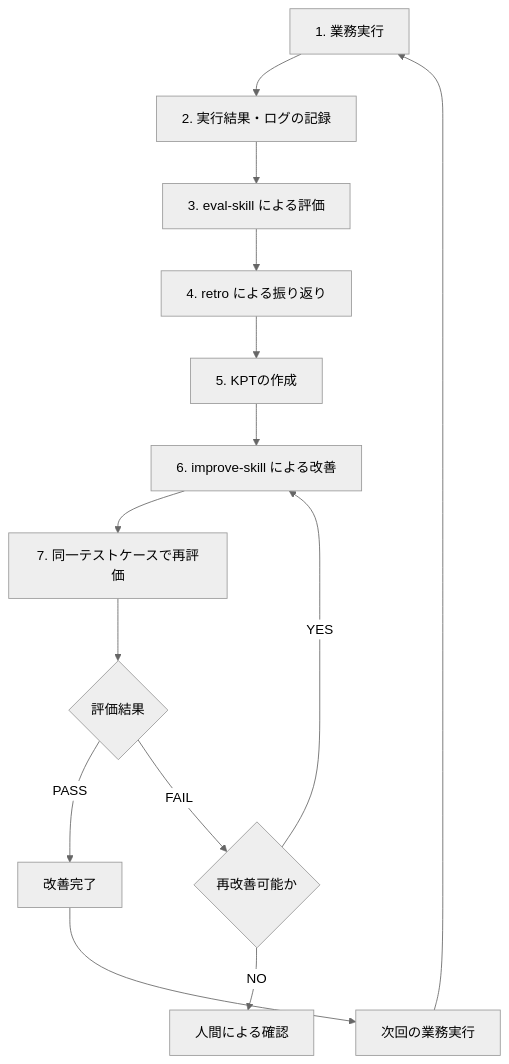
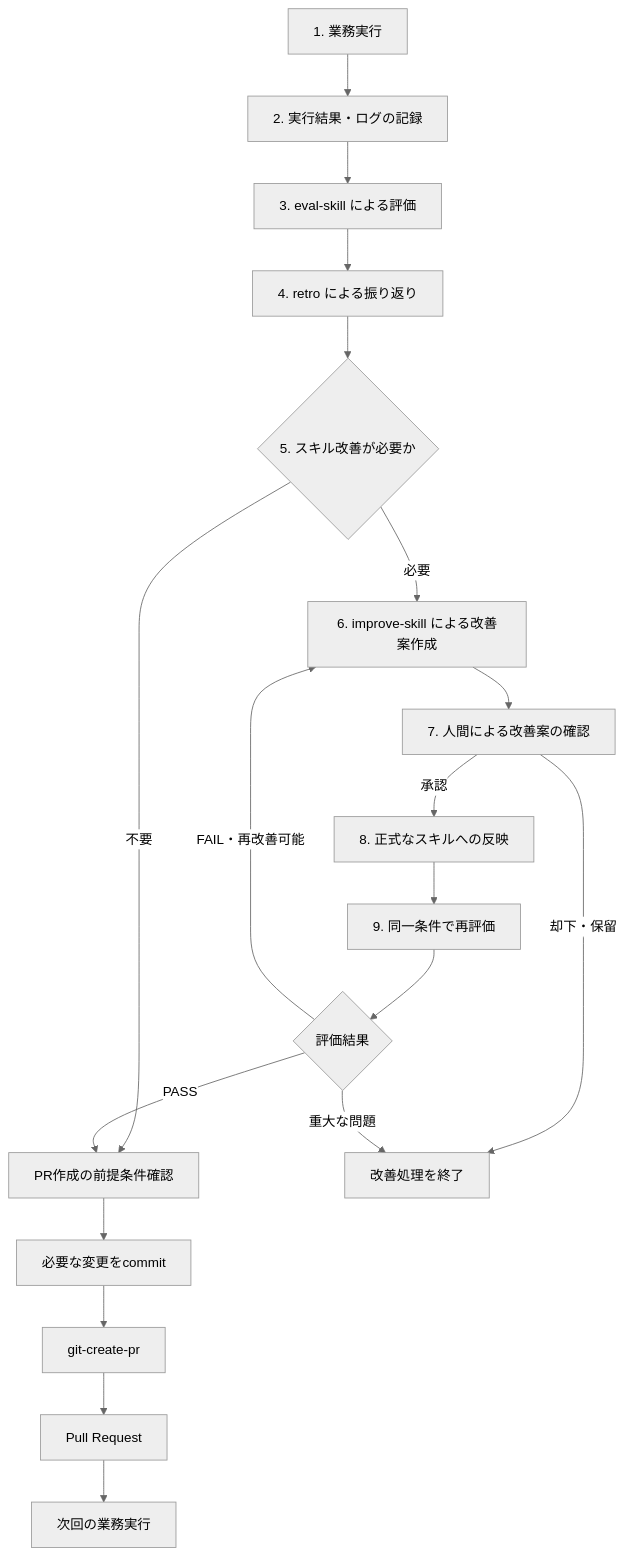
The second of 3 diagrams in README.md (HiddenUtility/harness-experiment), drawn with Mermaid (neutral theme) before and after one commit. The commit also changed other lines of this file, not shown here.

````diff
--- a/README.md
+++ b/README.md
@@ -89,18 +127,26 @@
 ```mermaid
 flowchart TD
     A["1. 業務実行"] --> B["2. 実行結果・ログの記録"]
     B --> C["3. eval-skill による評価"]
     C --> D["4. retro による振り返り"]
-    D --> E["5. KPTの作成"]
-    E --> F["6. improve-skill による改善"]
-    F --> G["7. 同一テストケースで再評価"]
-    G --> H{"評価結果"}
+    D --> E{"5. スキル改善が必要か"}
 
-    H -->|PASS| I["改善完了"]
-    H -->|FAIL| J{"再改善可能か"}
-    J -->|YES| F
-    J -->|NO| K["人間による確認"]
+    E -->|必要| F["6. improve-skill による改善案作成"]
+    E -->|不要| G["PR作成の前提条件確認"]
 
-    I --> L["次回の業務実行"]
-    L --> A
+    F --> H["7. 人間による改善案の確認"]
+    H -->|承認| I["8. 正式なスキルへの反映"]
+    H -->|却下・保留| J["改善処理を終了"]
+
+    I --> K["9. 同一条件で再評価"]
+    K --> L{"評価結果"}
+
+    L -->|PASS| G
+    L -->|FAIL・再改善可能| F
+    L -->|重大な問題| J
+
+    G --> M["必要な変更をcommit"]
+    M --> N["git-create-pr"]
+    N --> O["Pull Request"]
+    O --> P["次回の業務実行"]
 ```
````
